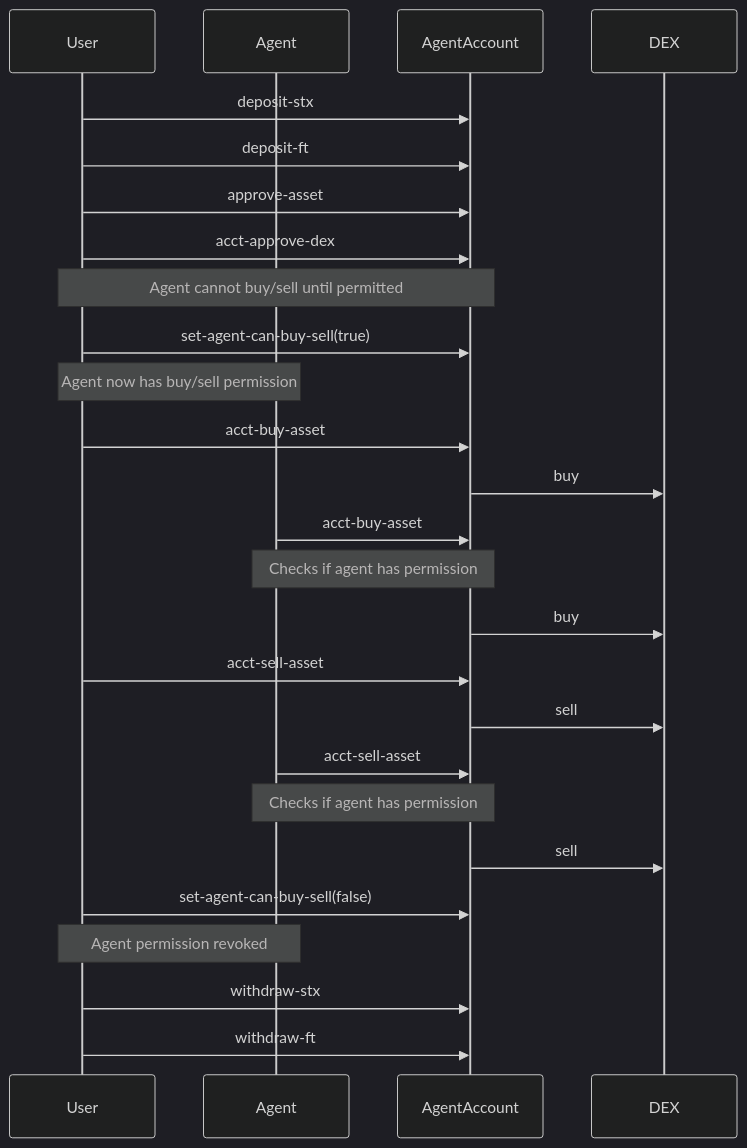
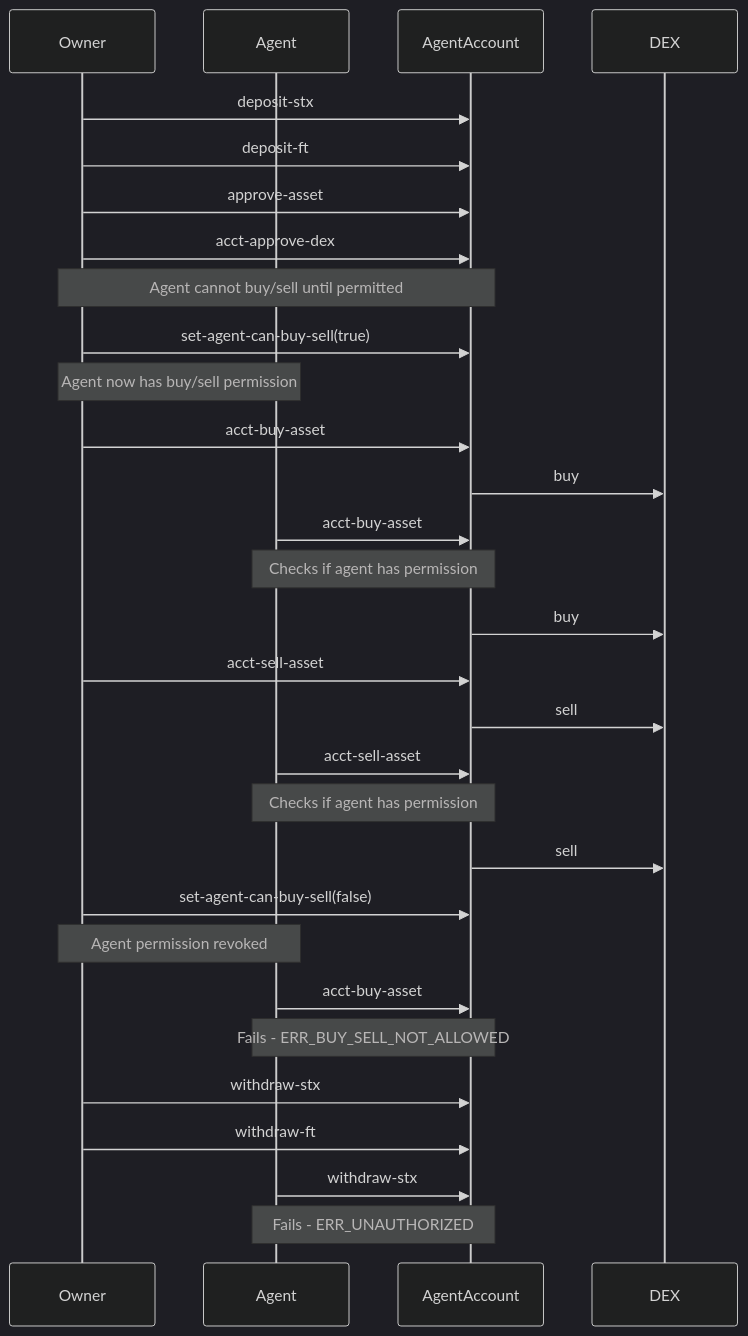
The second of 2 diagrams in aibtc-contracts/agent-account/README.md (aibtcdev/aibtcdev-docs), drawn with Mermaid (dark theme) before and after one commit. The commit also changed other lines of this file and 1 other file, not shown here.

Commit message:
docs: Clarify owner/agent roles and permissions in documentation

````diff
--- a/aibtc-contracts/agent-account/README.md
+++ b/aibtc-contracts/agent-account/README.md
@@ -190,37 +210,42 @@
 ```mermaid
 sequenceDiagram
-    participant User
+    participant Owner
     participant Agent
     participant AgentAccount
     participant DEX
     
-    User->>AgentAccount: deposit-stx
-    User->>AgentAccount: deposit-ft
-    User->>AgentAccount: approve-asset
-    User->>AgentAccount: acct-approve-dex
+    Owner->>AgentAccount: deposit-stx
+    Owner->>AgentAccount: deposit-ft
+    Owner->>AgentAccount: approve-asset
+    Owner->>AgentAccount: acct-approve-dex
     
-    Note over User,AgentAccount: Agent cannot buy/sell until permitted
+    Note over Owner,AgentAccount: Agent cannot buy/sell until permitted
     
-    User->>AgentAccount: set-agent-can-buy-sell(true)
-    Note over User,Agent: Agent now has buy/sell permission
+    Owner->>AgentAccount: set-agent-can-buy-sell(true)
+    Note over Owner,Agent: Agent now has buy/sell permission
     
-    User->>AgentAccount: acct-buy-asset
+    Owner->>AgentAccount: acct-buy-asset
     AgentAccount->>DEX: buy
     
     Agent->>AgentAccount: acct-buy-asset
     Note over Agent,AgentAccount: Checks if agent has permission
     AgentAccount->>DEX: buy
     
-    User->>AgentAccount: acct-sell-asset
+    Owner->>AgentAccount: acct-sell-asset
     AgentAccount->>DEX: sell
     
     Agent->>AgentAccount: acct-sell-asset
     Note over Agent,AgentAccount: Checks if agent has permission
     AgentAccount->>DEX: sell
     
-    User->>AgentAccount: set-agent-can-buy-sell(false)
-    Note over User,Agent: Agent permission revoked
+    Owner->>AgentAccount: set-agent-can-buy-sell(false)
+    Note over Owner,Agent: Agent permission revoked
+    Agent->>AgentAccount: acct-buy-asset
+    Note over Agent,AgentAccount: Fails - ERR_BUY_SELL_NOT_ALLOWED
     
-    User->>AgentAccount: withdraw-stx
-    User->>AgentAccount: withdraw-ft
+    Owner->>AgentAccount: withdraw-stx
+    Owner->>AgentAccount: withdraw-ft
+    
+    Agent->>AgentAccount: withdraw-stx
+    Note over Agent,AgentAccount: Fails - ERR_UNAUTHORIZED
 ```
````
